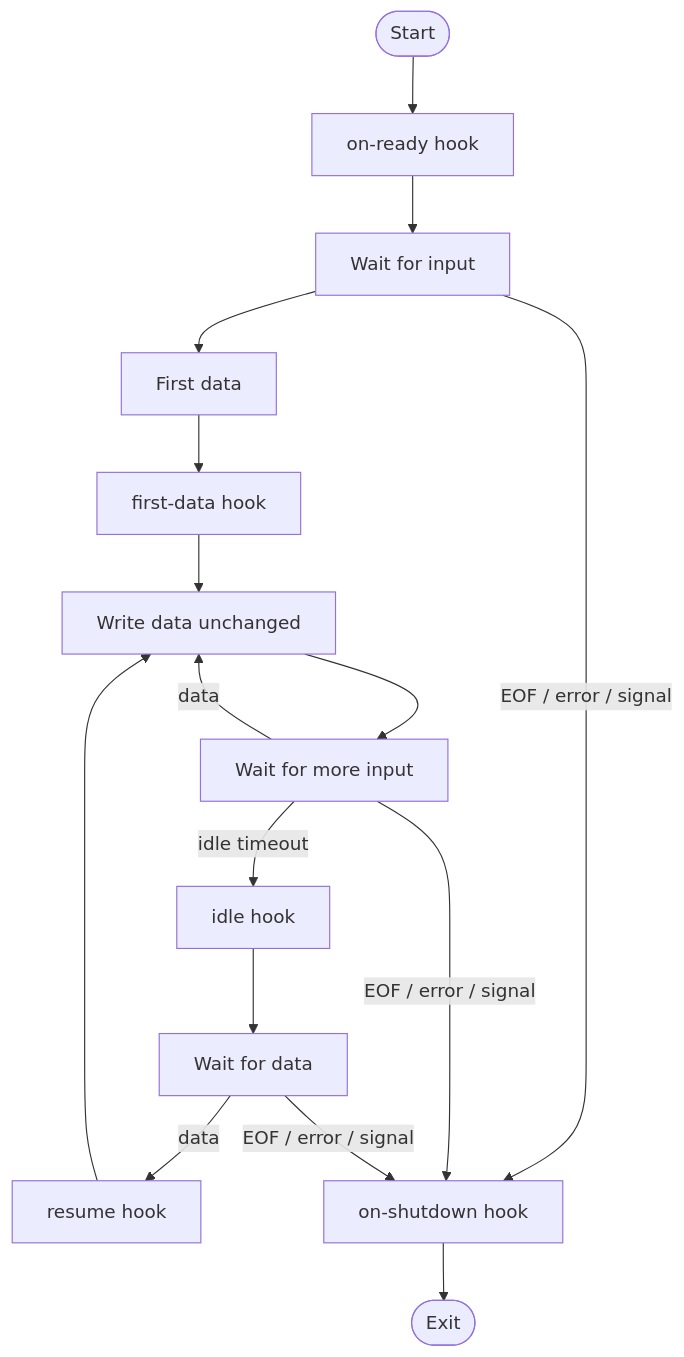
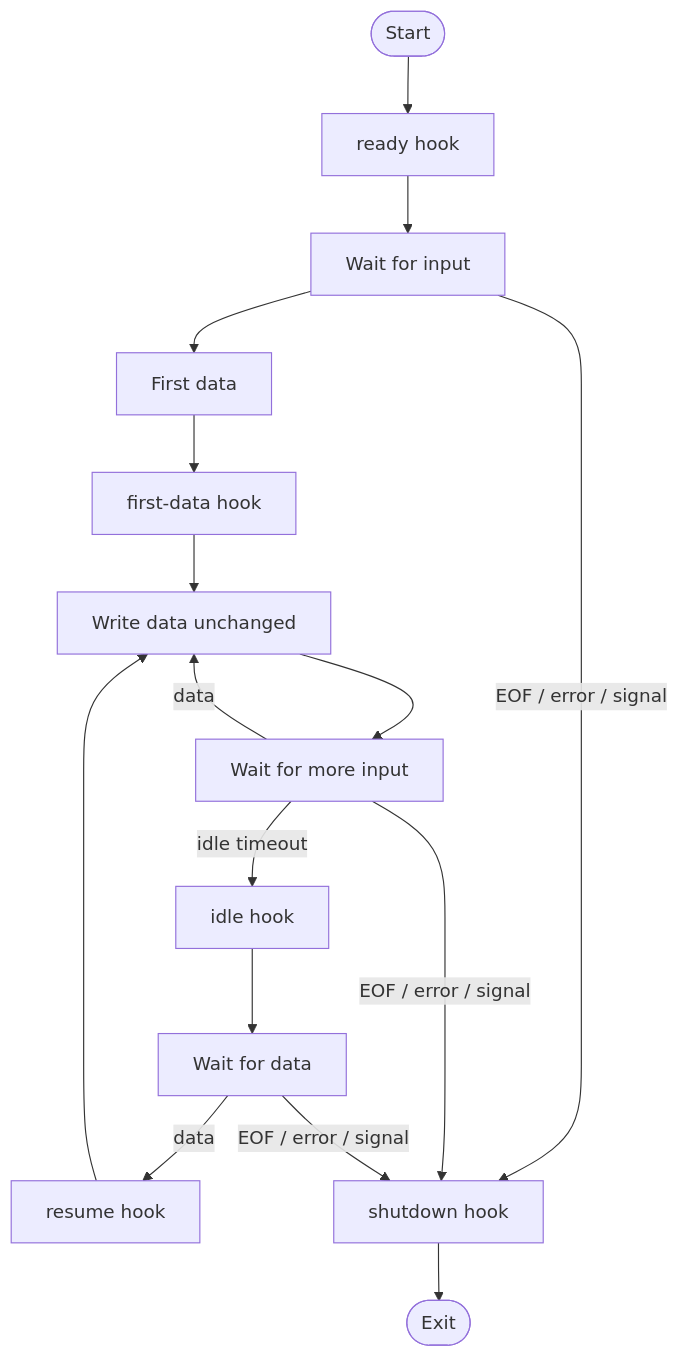
Before and after one commit to zaubermaerchen/pipewisp: the second of 2 diagrams in README.md, drawn with Mermaid.

Commit message:
docs: align lifecycle diagram labels

````diff
--- a/README.md
+++ b/README.md
@@ -79,21 +79,21 @@
 ```mermaid
 flowchart TD
-    start([Start]) --> ready["on-ready hook"]
+    start([Start]) --> ready["ready hook"]
     ready --> input["Wait for input"]
 
     input --> first["First data"]
     first --> firsthook["first-data hook"]
     firsthook --> pass["Write data unchanged"]
 
     pass --> wait["Wait for more input"]
     wait -->|data| pass
     wait -->|idle timeout| idle["idle hook"]
     idle --> resume["Wait for data"]
     resume -->|data| resumehook["resume hook"]
     resumehook --> pass
 
-    input -->|EOF / error / signal| shutdown["on-shutdown hook"]
+    input -->|EOF / error / signal| shutdown["shutdown hook"]
     wait -->|EOF / error / signal| shutdown
     resume -->|EOF / error / signal| shutdown
     shutdown --> done([Exit])
 ```
````
